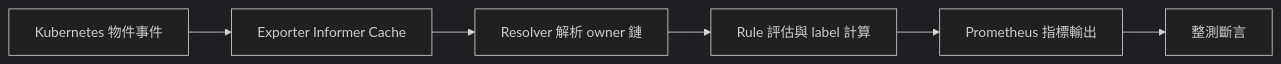
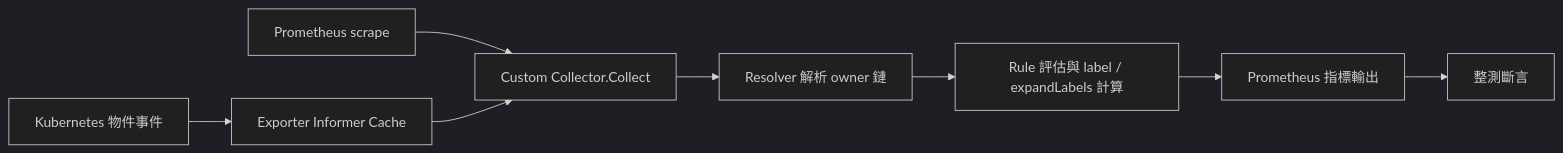
One commit to jcswiftie13/custom-k8s-resource-metadata-watcher changed the diagram in docs/INTEGRATION_TESTS.md. Above: the diagram before and after it, drawn with Mermaid (dark theme). The commit also changed other lines of this file and 27 other files, not shown here.

Commit message:
rework collector logic for dynamicly loads resource labels/annotations as metric labels

````diff
--- a/docs/INTEGRATION_TESTS.md
+++ b/docs/INTEGRATION_TESTS.md
@@ -45,8 +45,10 @@
 ```mermaid
 flowchart LR
     k8s[Kubernetes 物件事件] --> informer[Exporter Informer Cache]
-    informer --> resolve[Resolver 解析 owner 鏈]
-    resolve --> eval[Rule 評估與 label 計算]
-    eval --> sink[Prometheus 指標輸出]
-    sink --> assert[整測斷言]
+    scrape[Prometheus scrape] --> collector[Custom Collector.Collect]
+    informer --> collector
+    collector --> resolve[Resolver 解析 owner 鏈]
+    resolve --> eval[Rule 評估與 label / expandLabels 計算]
+    eval --> exposed[Prometheus 指標輸出]
+    exposed --> assert[整測斷言]
 ```
````
